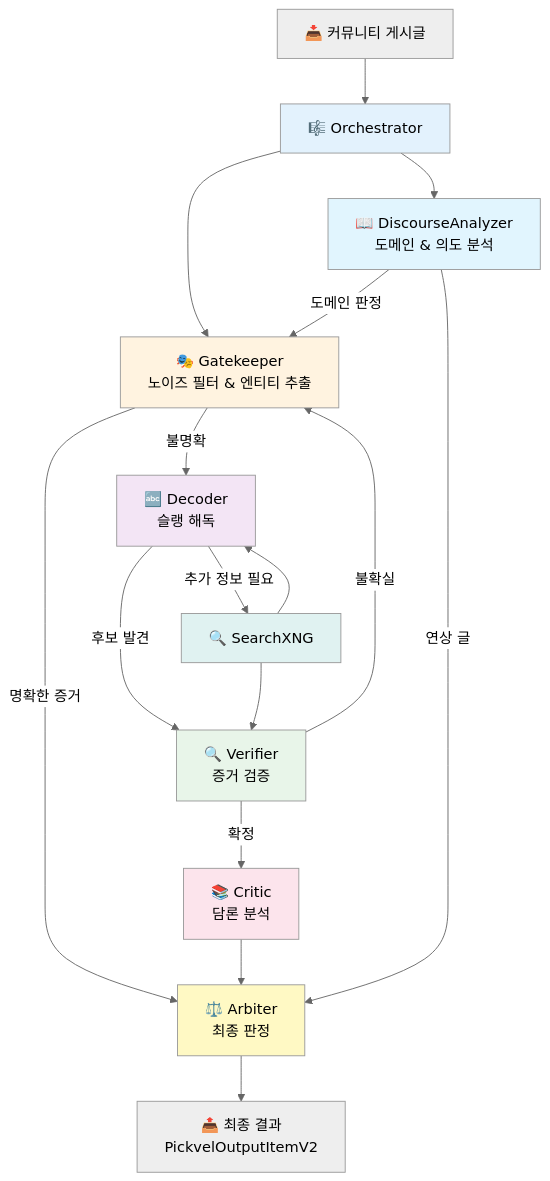
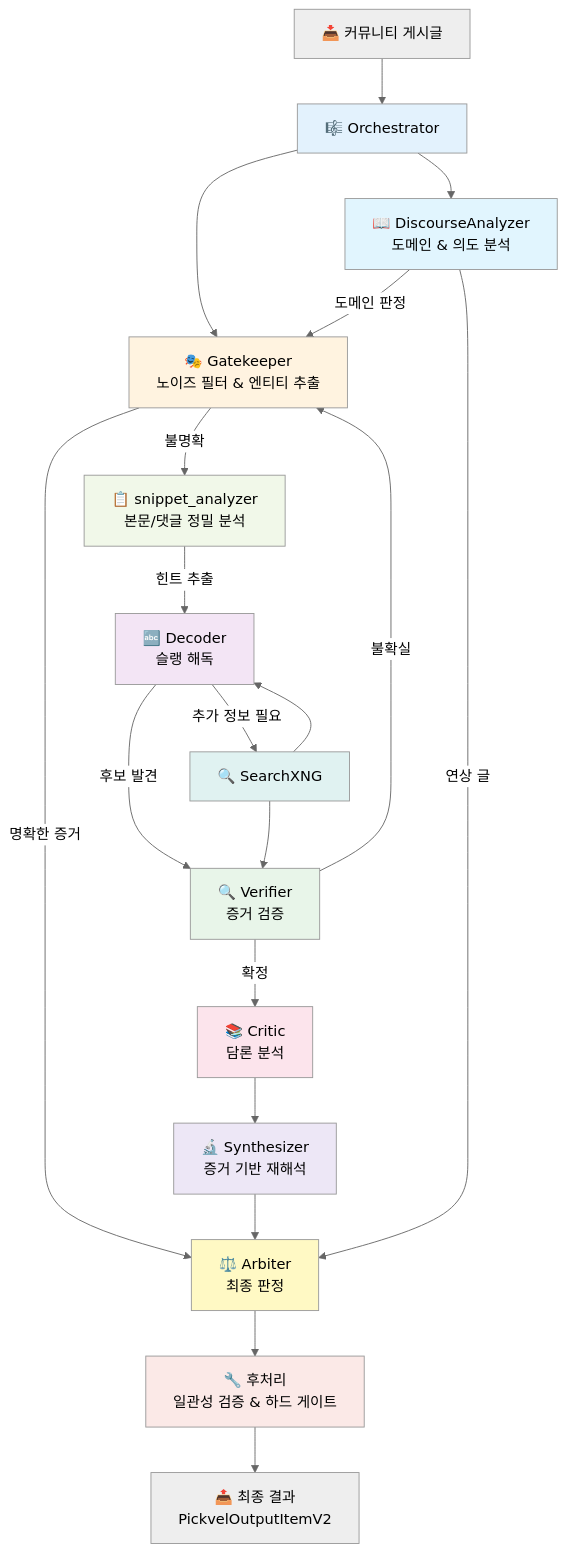
Before and after one commit to hostkimjang/llm_novel_dc_coommunity_parser: the first of 2 diagrams in expert_readme.md, drawn with Mermaid (neutral theme). The commit also changed other lines of this file, not shown here.

````diff
--- a/expert_readme.md
+++ b/expert_readme.md
@@ -75,35 +98,43 @@
 ```mermaid
 graph TB
     Input[📥 커뮤니티 게시글] --> Orchestrator[🎼 Orchestrator]
     
     Orchestrator --> GK[🎭 Gatekeeper<br/>노이즈 필터 & 엔티티 추출]
     Orchestrator --> DA[📖 DiscourseAnalyzer<br/>도메인 & 의도 분석]
     
     DA -->|도메인 판정| GK
     DA -->|연상 글| Arbiter[⚖️ Arbiter<br/>최종 판정]
     
     GK -->|명확한 증거| Arbiter
-    GK -->|불명확| Decoder[🔤 Decoder<br/>슬랭 해독]
+    GK -->|불명확| SA[📋 snippet_analyzer<br/>본문/댓글 정밀 분석]
+    
+    SA -->|힌트 추출| Decoder[🔤 Decoder<br/>슬랭 해독]
     
     Decoder -->|후보 발견| Verifier[🔍 Verifier<br/>증거 검증]
     Decoder -->|추가 정보 필요| Search[🔍 SearchXNG]
     
     Search --> Decoder
     Search --> Verifier
     
     Verifier -->|확정| Critic[📚 Critic<br/>담론 분석]
     Verifier -->|불확실| GK
     
-    Critic --> Arbiter
+    Critic --> Synthesizer[🔬 Synthesizer<br/>증거 기반 재해석]
     
-    Arbiter --> Output[📤 최종 결과<br/>PickvelOutputItemV2]
+    Synthesizer --> Arbiter
+    
+    Arbiter --> PostProc[🔧 후처리<br/>일관성 검증 & 하드 게이트]
+    PostProc --> Output[📤 최종 결과<br/>PickvelOutputItemV2]
     
     style Orchestrator fill:#e3f2fd
     style GK fill:#fff3e0
     style DA fill:#e1f5fe
+    style SA fill:#f1f8e9
     style Decoder fill:#f3e5f5
     style Verifier fill:#e8f5e9
     style Critic fill:#fce4ec
+    style Synthesizer fill:#ede7f6
     style Arbiter fill:#fff9c4
+    style PostProc fill:#fbe9e7
     style Search fill:#e0f2f1
 ```
````
